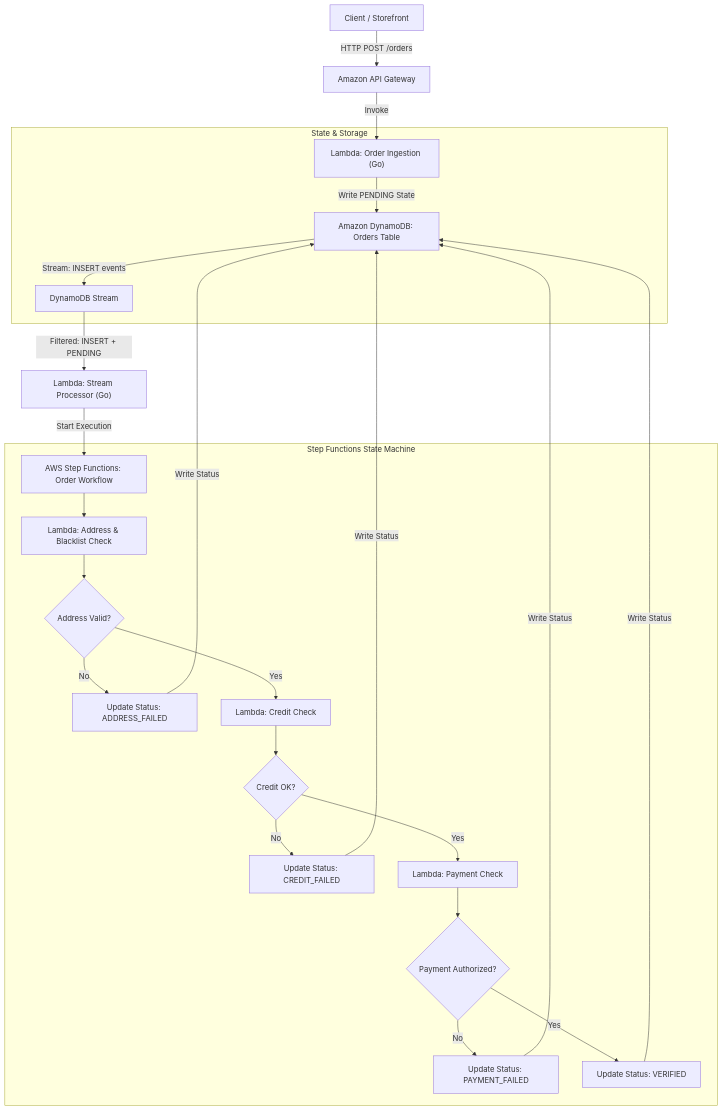
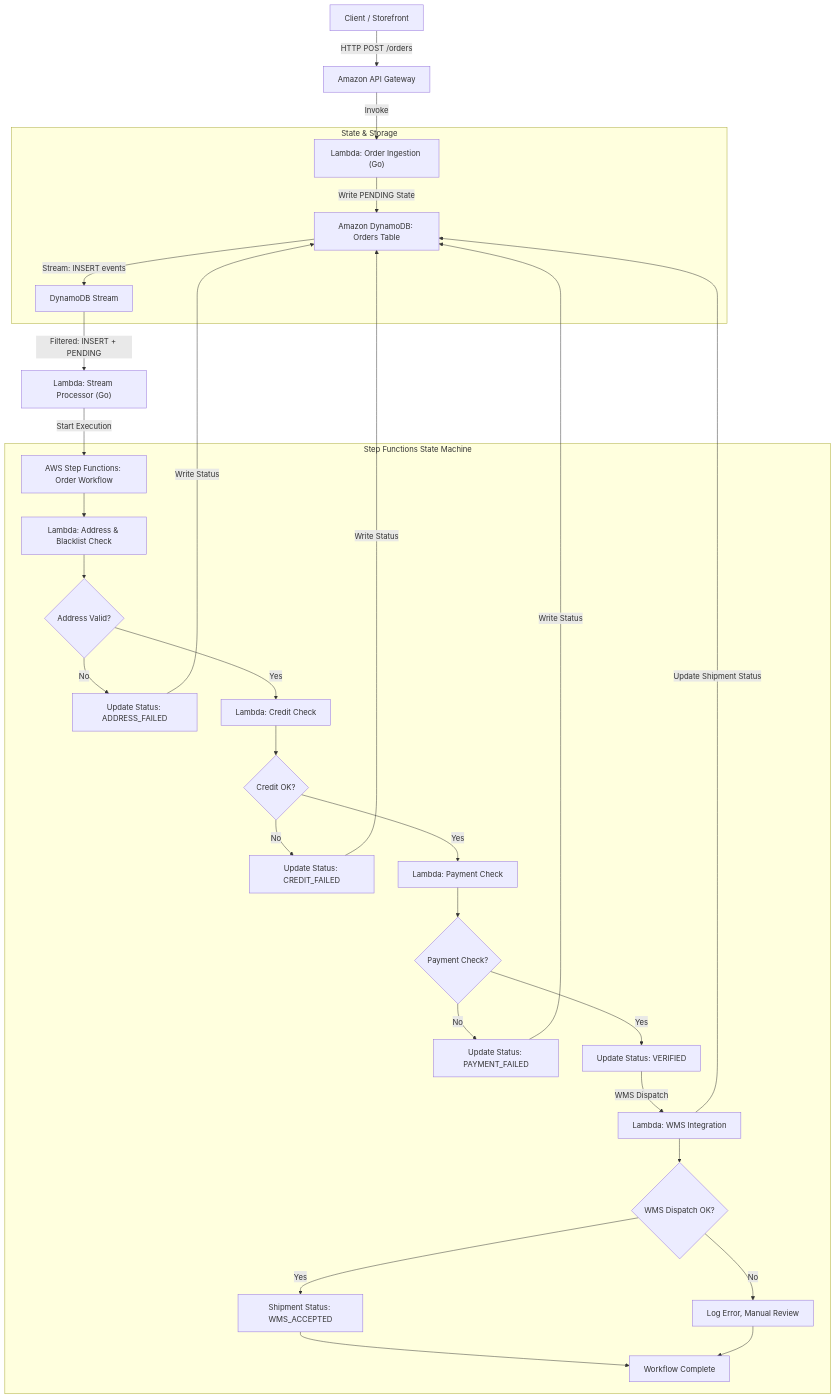
The diagram in README.md (kelvinyap2014/ecommerce-order-aws-go), drawn with Mermaid before and after one commit. The commit also changed other lines of this file and 10 other files, not shown here.

Commit message:
Add retry/catch on aws step functions. Add WMS integration lambda.

````diff
--- a/README.md
+++ b/README.md
@@ -24,33 +24,40 @@
 ```mermaid
 graph TD
     Client["Client / Storefront"] -->|HTTP POST /orders| APIGW["Amazon API Gateway"]
     APIGW -->|Invoke| IngestLambda["Lambda: Order Ingestion (Go)"]
 
     subgraph "State & Storage"
         IngestLambda -->|Write PENDING State| DDB["Amazon DynamoDB: Orders Table"]
         DDB -->|Stream: INSERT events| DBStream["DynamoDB Stream"]
     end
 
     DBStream -->|Filtered: INSERT + PENDING| StreamProc["Lambda: Stream Processor (Go)"]
     StreamProc -->|Start Execution| SF["AWS Step Functions: Order Workflow"]
 
     subgraph "Step Functions State Machine"
         SF --> AddressCheck["Lambda: Address & Blacklist Check"]
         AddressCheck --> AddressChoice{Address Valid?}
         AddressChoice -->|No| AddressFail["Update Status: ADDRESS_FAILED"]
         AddressChoice -->|Yes| CreditCheck["Lambda: Credit Check"]
 
         CreditCheck --> CreditChoice{Credit OK?}
         CreditChoice -->|No| CreditFail["Update Status: CREDIT_FAILED"]
         CreditChoice -->|Yes| PaymentAuth["Lambda: Payment Check"]
 
-        PaymentAuth --> PaymentChoice{Payment Authorized?}
+        PaymentAuth --> PaymentChoice{Payment Check?}
         PaymentChoice -->|No| PaymentFail["Update Status: PAYMENT_FAILED"]
         PaymentChoice -->|Yes| UpdateVerified["Update Status: VERIFIED"]
+
+        UpdateVerified -->|WMS Dispatch| DispatchWMS["Lambda: WMS Integration"]
+        DispatchWMS --> WmsChoice{WMS Dispatch OK?}
+        WmsChoice -->|Yes| WmsSuccess["Shipment Status: WMS_ACCEPTED"]
+        WmsChoice -->|No| WmsError["Log Error, Manual Review"]
+        WmsSuccess --> WorkflowEnd["Workflow Complete"]
+        WmsError --> WorkflowEnd
     end
 
     AddressFail -->|Write Status| DDB
     CreditFail -->|Write Status| DDB
     PaymentFail -->|Write Status| DDB
-    UpdateVerified -->|Write Status| DDB
+    DispatchWMS -->|Update Shipment Status| DDB
 ```
````
